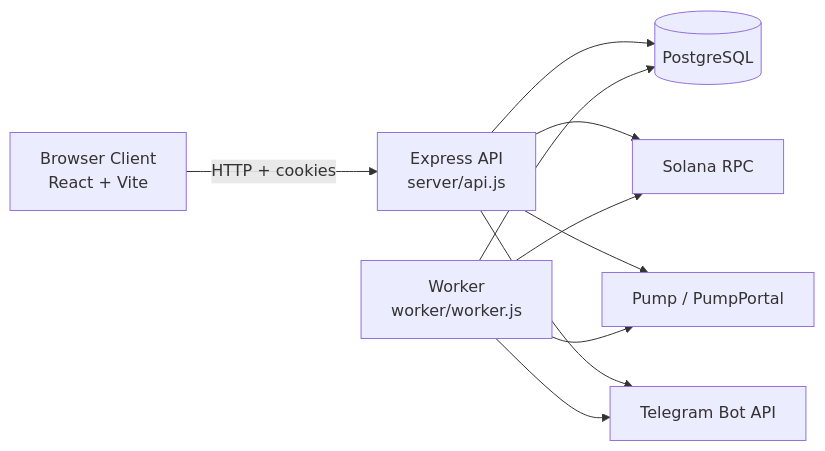
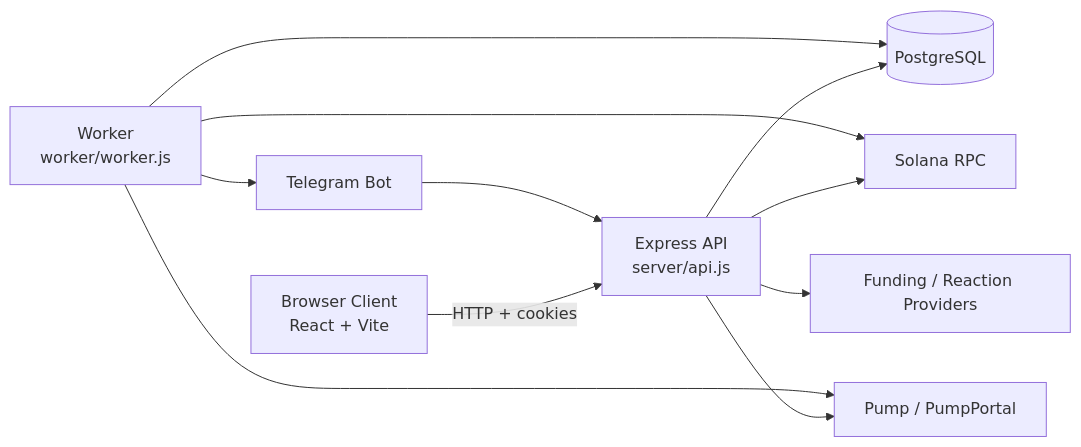
The diagram in README.md (embernexus/EMBER), drawn with Mermaid before and after one commit. The commit also changed other lines of this file and 13 other files, not shown here.

````diff
--- a/README.md
+++ b/README.md
@@ -129,13 +135,14 @@
 ```mermaid
 flowchart LR
   U[Browser Client<br/>React + Vite] -->|HTTP + cookies| API[Express API<br/>server/api.js]
+  TG[Telegram Bot] --> API
   API --> DB[(PostgreSQL)]
   API --> RPC[Solana RPC]
   API --> PP[Pump / PumpPortal]
-  API --> TG[Telegram Bot API]
+  API --> EXT[Funding / Reaction Providers]
 
   W[Worker<br/>worker/worker.js] --> DB
   W --> RPC
   W --> PP
   W --> TG
 ```
````
